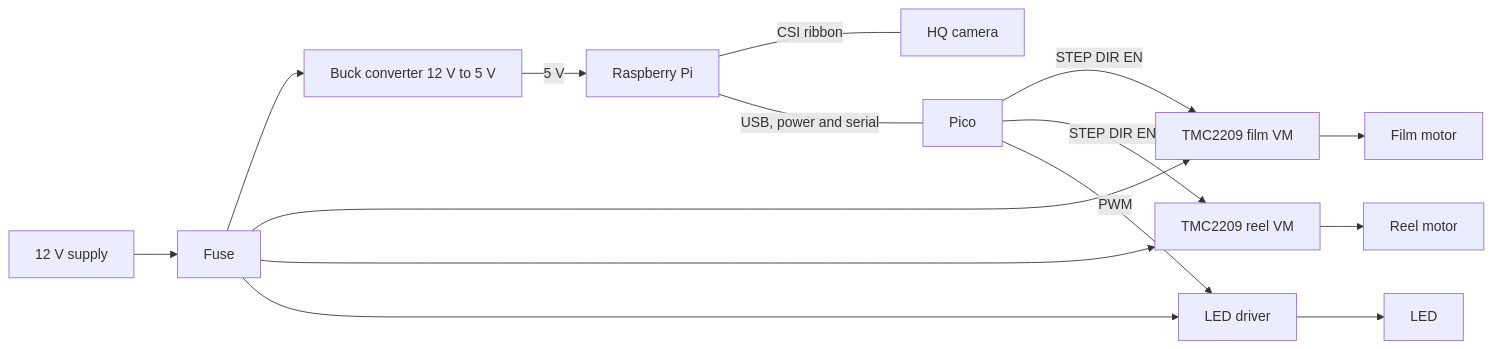
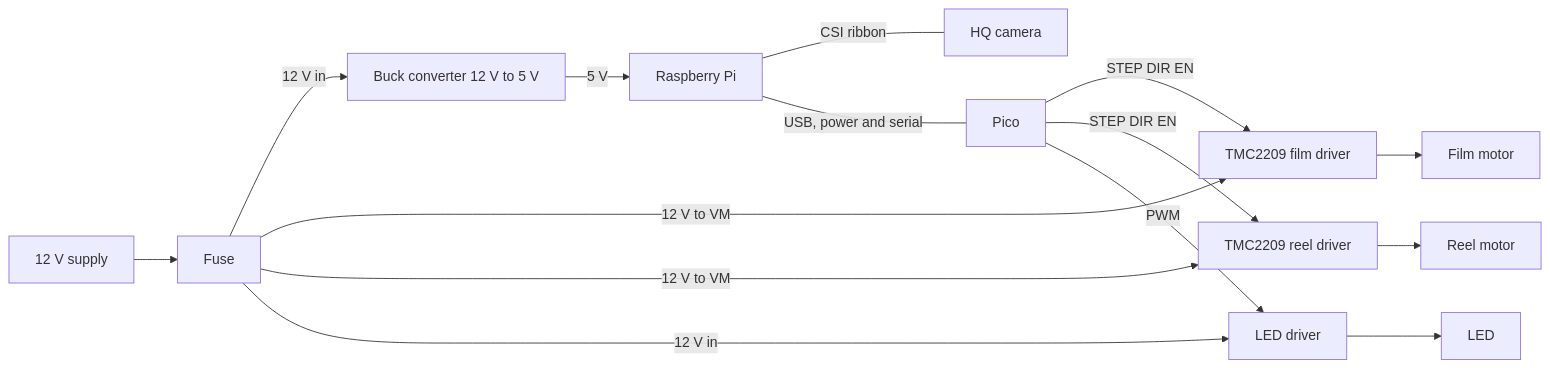
The first of 4 diagrams in docs/design/wiring.md (hess105/Super8FilmScanner), drawn with Mermaid before and after one commit. The commit also changed other lines of this file, not shown here.

Commit message:
docs: fix wiring power-up order, diagram labels and LED dimming warning

````diff
--- a/docs/design/wiring.md
+++ b/docs/design/wiring.md
@@ -9,17 +9,17 @@
 ```mermaid
 flowchart LR
     PSU[12 V supply] --> FUSE[Fuse]
-    FUSE --> BUCK[Buck converter 12 V to 5 V]
-    FUSE --> DF[TMC2209 film VM]
-    FUSE --> DR[TMC2209 reel VM]
-    FUSE --> LEDDRV[LED driver]
+    FUSE -->|12 V in| BUCK[Buck converter 12 V to 5 V]
+    FUSE -->|12 V to VM| DF[TMC2209 film driver]
+    FUSE -->|12 V to VM| DR[TMC2209 reel driver]
+    FUSE -->|12 V in| LEDDRV[LED driver]
     BUCK -->|5 V| PI[Raspberry Pi]
     PI ---|CSI ribbon| CAM[HQ camera]
     PI ---|USB, power and serial| PICO[Pico]
     PICO -->|STEP DIR EN| DF
     PICO -->|STEP DIR EN| DR
     PICO -->|PWM| LEDDRV
     DF --> MF[Film motor]
     DR --> MR[Reel motor]
     LEDDRV --> LED[LED]
 ```
````
